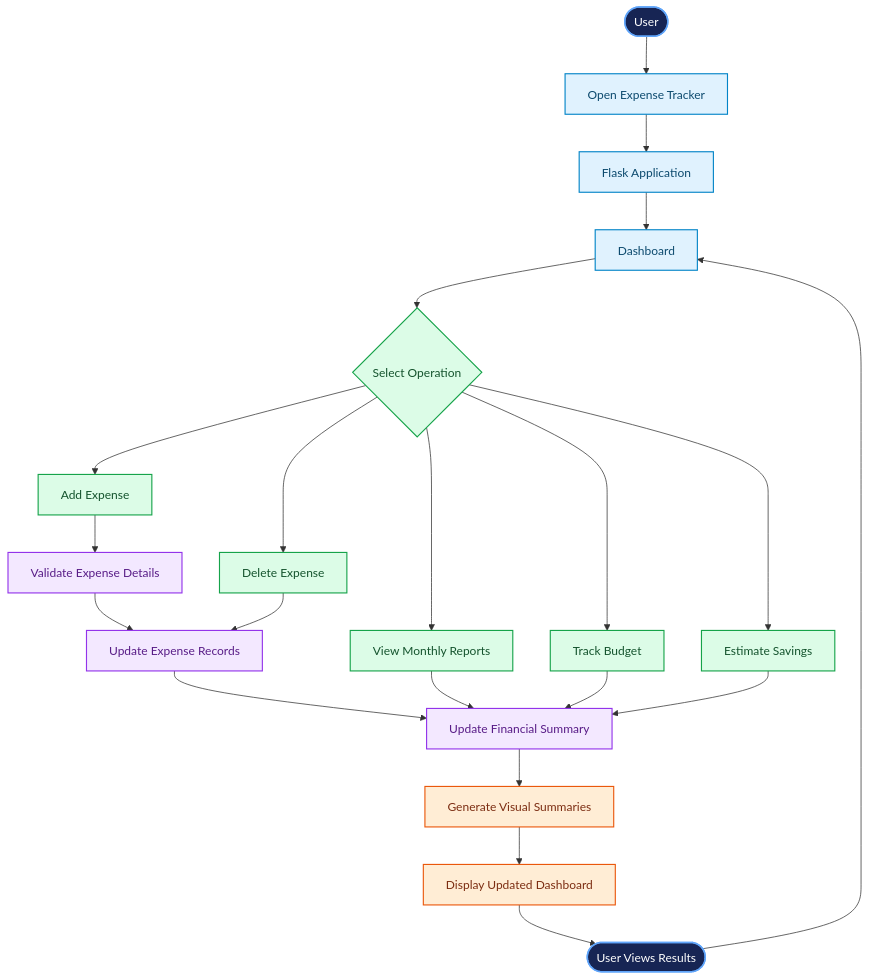
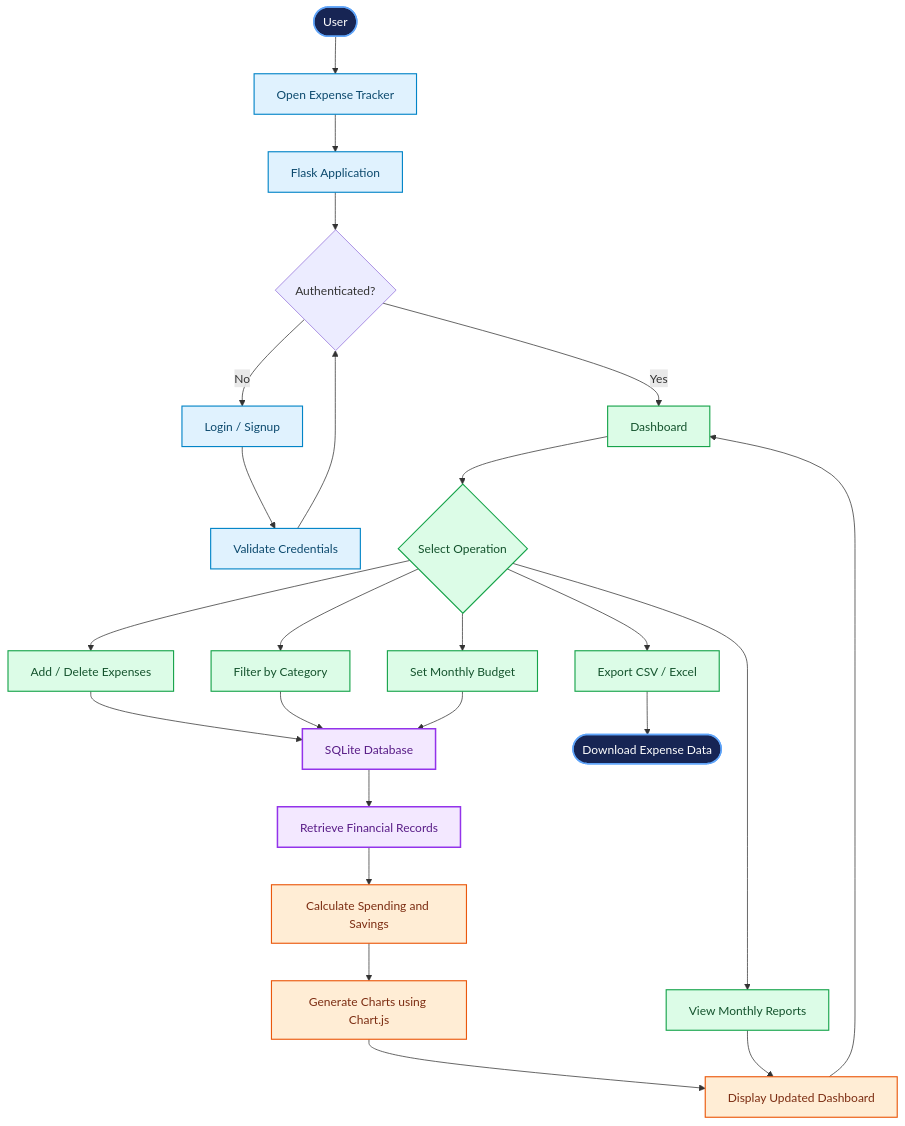
One commit to ShadowCyberNinjaX/expense-tracker changed the diagram in README.md. Above: the diagram before and after it, drawn with Mermaid. The commit also changed other lines of this file, not shown here.

First line of the commit message:
Revise README for clarity and additional details

````diff
--- a/README.md
+++ b/README.md
@@ -58,42 +112,45 @@
 ```mermaid
 flowchart TD
     A(["User"]) --> B["Open Expense Tracker"]
     B --> C["Flask Application"]
-    C --> D["Dashboard"]
+    C --> D{"Authenticated?"}
 
-    D --> E{"Select Operation"}
+    D -->|No| E["Login / Signup"]
+    E --> F["Validate Credentials"]
+    F --> D
 
-    E --> F["Add Expense"]
-    E --> G["Delete Expense"]
-    E --> H["View Monthly Reports"]
-    E --> I["Track Budget"]
-    E --> J["Estimate Savings"]
+    D -->|Yes| G["Dashboard"]
 
-    F --> K["Validate Expense Details"]
-    K --> L["Update Expense Records"]
+    G --> H{"Select Operation"}
 
-    G --> L
+    H --> I["Add / Delete Expenses"]
+    H --> J["Filter by Category"]
+    H --> K["Set Monthly Budget"]
+    H --> L["View Monthly Reports"]
+    H --> M["Export CSV / Excel"]
 
-    L --> M["Update Financial Summary"]
-    H --> M
-    I --> M
-    J --> M
+    I --> N["SQLite Database"]
+    J --> N
+    K --> N
 
-    M --> N["Generate Visual Summaries"]
-    N --> O["Display Updated Dashboard"]
-    O --> P(["User Views Results"])
+    N --> O["Retrieve Financial Records"]
+    O --> P["Calculate Spending and Savings"]
+    P --> Q["Generate Charts using Chart.js"]
+    Q --> R["Display Updated Dashboard"]
 
-    P --> D
+    L --> R
+    M --> S(["Download Expense Data"])
+    R --> G
 
     classDef user fill:#172554,stroke:#60A5FA,color:#FFFFFF,stroke-width:2px
-    classDef frontend fill:#E0F2FE,stroke:#0284C7,color:#0C4A6E,stroke-width:1.5px
+    classDef process fill:#E0F2FE,stroke:#0284C7,color:#0C4A6E,stroke-width:1.5px
     classDef operation fill:#DCFCE7,stroke:#16A34A,color:#14532D,stroke-width:1.5px
-    classDef processing fill:#F3E8FF,stroke:#9333EA,color:#581C87,stroke-width:1.5px
+    classDef database fill:#F3E8FF,stroke:#9333EA,color:#581C87,stroke-width:2px
     classDef output fill:#FFEDD5,stroke:#EA580C,color:#7C2D12,stroke-width:1.5px
 
-    class A,P user
-    class B,C,D frontend
-    class E,F,G,H,I,J operation
-    class K,L,M processing
-    class N,O output
+    class A,S user
+    class B,C,E,F process
+    class G,H,I,J,K,L,M operation
+    class N,O database
+    class P,Q,R output
 ```
````
